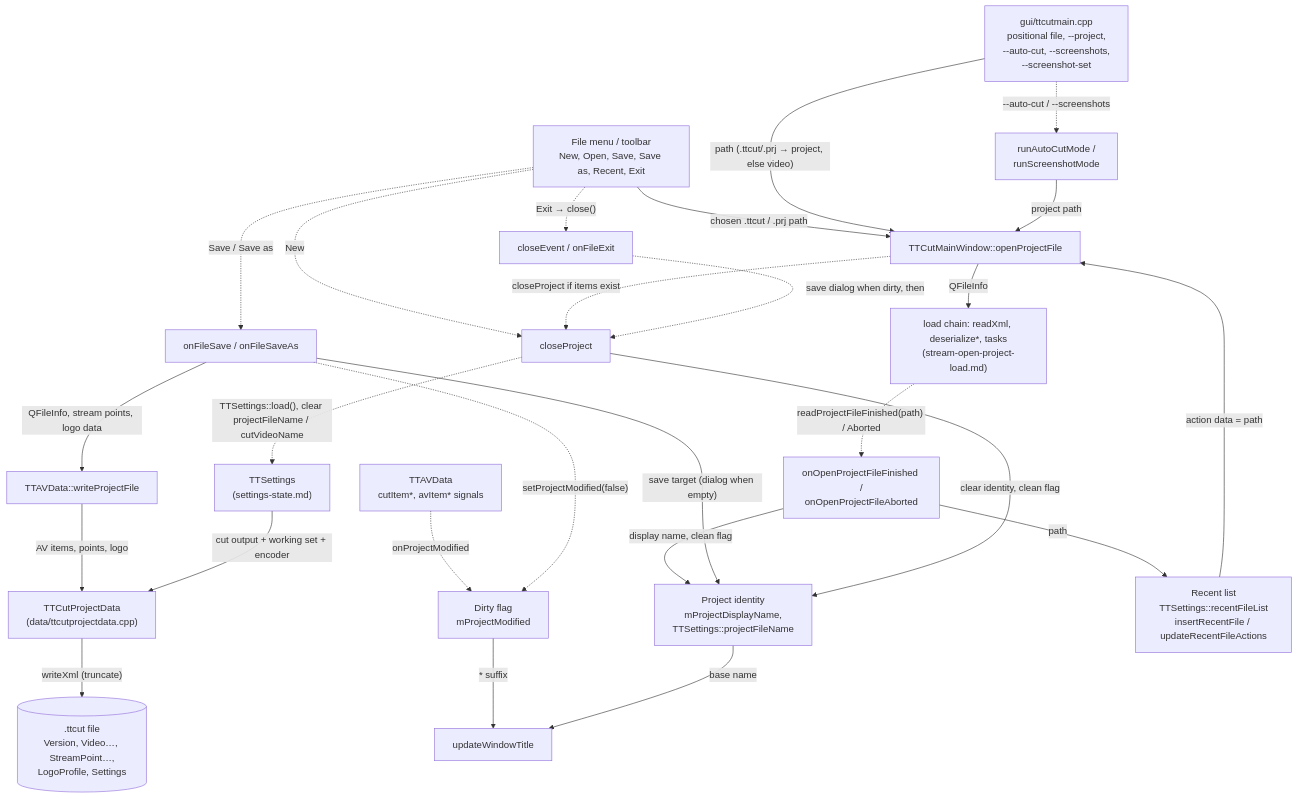
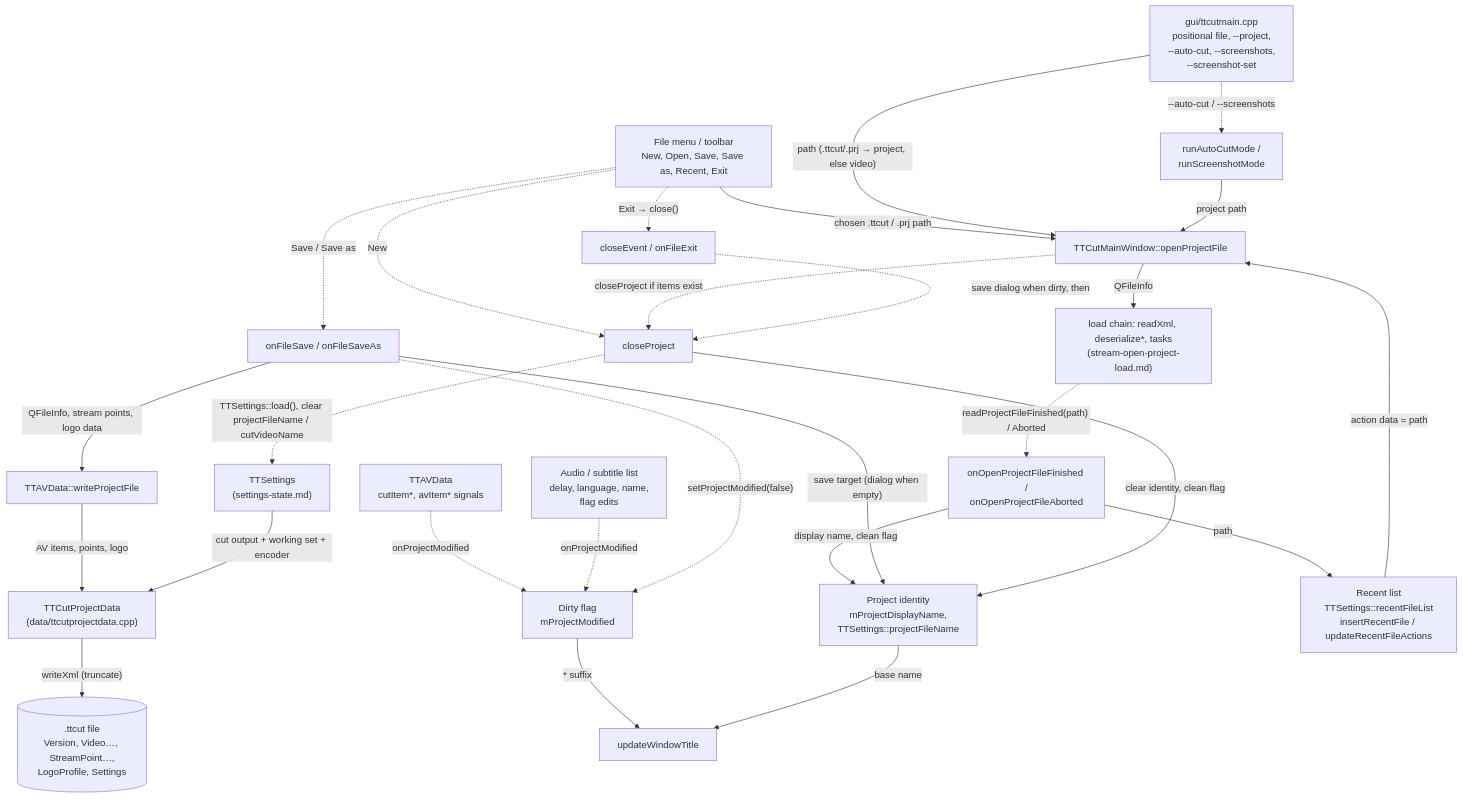
Before and after one commit to MINIXJR/TTCut-ng: the diagram in docs/code-map/project-lifecycle.md, drawn with Mermaid. The commit also changed other lines of this file and 6 other files, not shown here.

````diff
--- a/docs/code-map/project-lifecycle.md
+++ b/docs/code-map/project-lifecycle.md
@@ -37,47 +38,49 @@
 ```mermaid
 flowchart TD
     MENU["File menu / toolbar<br/>New, Open, Save, Save as, Recent, Exit"]
     CLI["gui/ttcutmain.cpp<br/>positional file, --project,<br/>--auto-cut, --screenshots,<br/>--screenshot-set"]
     HEADLESS["runAutoCutMode /<br/>runScreenshotMode"]
     OPEN["TTCutMainWindow::openProjectFile"]
     LOAD["load chain: readXml, deserialize*, tasks<br/>(stream-open-project-load.md)"]
     FIN["onOpenProjectFileFinished /<br/>onOpenProjectFileAborted"]
     IDENT["Project identity<br/>mProjectDisplayName,<br/>TTSettings::projectFileName"]
     DIRTY["Dirty flag<br/>mProjectModified"]
     SIGS["TTAVData<br/>cutItem*, avItem* signals"]
+    TRKSIGS["Audio / subtitle list<br/>delay, language, name,<br/>flag edits"]
     TITLE["updateWindowTitle"]
     SAVE["onFileSave / onFileSaveAs"]
     WRITE["TTAVData::writeProjectFile"]
     PRJ["TTCutProjectData<br/>(data/ttcutprojectdata.cpp)"]
     FILE[(".ttcut file<br/>Version, Video…, StreamPoint…,<br/>LogoProfile, Settings")]
     RECENT["Recent list<br/>TTSettings::recentFileList<br/>insertRecentFile / updateRecentFileActions"]
     CLOSE["closeProject"]
     EXIT["closeEvent / onFileExit"]
     SETTINGS["TTSettings<br/>(settings-state.md)"]
 
     MENU -. "New" .-> CLOSE
     MENU -- "chosen .ttcut / .prj path" --> OPEN
     RECENT -- "action data = path" --> OPEN
     CLI -- "path (.ttcut/.prj → project, else video)" --> OPEN
     CLI -. "--auto-cut / --screenshots" .-> HEADLESS
     HEADLESS -- "project path" --> OPEN
     OPEN -. "closeProject if items exist" .-> CLOSE
     OPEN -- "QFileInfo" --> LOAD
     LOAD -. "readProjectFileFinished(path) / Aborted" .-> FIN
     FIN -- "display name, clean flag" --> IDENT
     FIN -- "path" --> RECENT
     SIGS -. "onProjectModified" .-> DIRTY
+    TRKSIGS -. "onProjectModified" .-> DIRTY
     DIRTY -- "* suffix" --> TITLE
     IDENT -- "base name" --> TITLE
     MENU -. "Save / Save as" .-> SAVE
     SAVE -- "save target (dialog when empty)" --> IDENT
     SAVE -- "QFileInfo, stream points, logo data" --> WRITE
     WRITE -- "AV items, points, logo" --> PRJ
     SETTINGS -- "cut output + working set + encoder" --> PRJ
     PRJ -- "writeXml (truncate)" --> FILE
     SAVE -. "setProjectModified(false)" .-> DIRTY
     MENU -. "Exit → close()" .-> EXIT
     EXIT -. "save dialog when dirty, then" .-> CLOSE
     CLOSE -- "clear identity, clean flag" --> IDENT
     CLOSE -. "TTSettings::load(), clear projectFileName / cutVideoName" .-> SETTINGS
 ```
````
